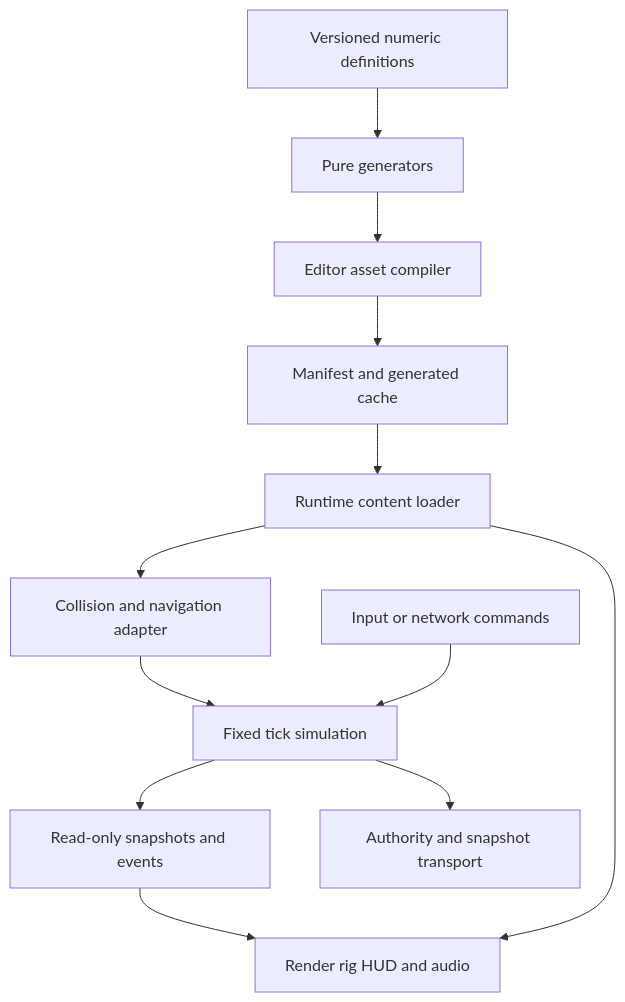
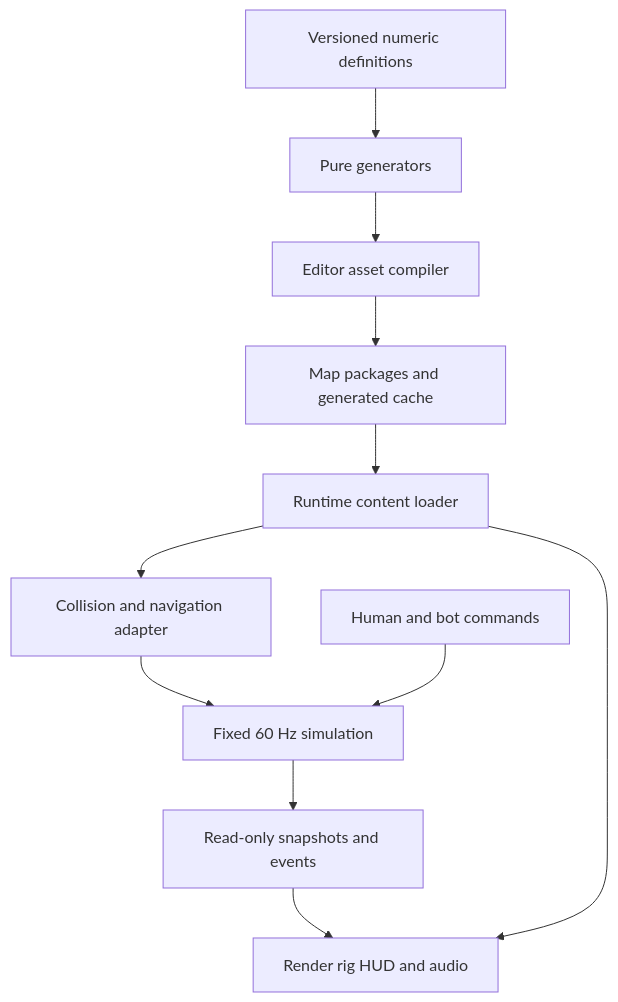
One commit to Maks417/shooter changed the diagram in docs/architecture.md. Above: the diagram before and after it, drawn with Mermaid. The commit also changed other lines of this file and 42 other files, not shown here.

````diff
--- a/docs/architecture.md
+++ b/docs/architecture.md
@@ -37,14 +36,13 @@
 ```mermaid
 flowchart TD
   Definitions[Versioned numeric definitions] --> Core[Pure generators]
   Core --> Compiler[Editor asset compiler]
-  Compiler --> Cache[Manifest and generated cache]
+  Compiler --> Cache[Map packages and generated cache]
   Cache --> Loader[Runtime content loader]
   Loader --> World[Collision and navigation adapter]
-  World --> Sim[Fixed tick simulation]
-  Commands[Input or network commands] --> Sim
+  World --> Sim[Fixed 60 Hz simulation]
+  Commands[Human and bot commands] --> Sim
   Sim --> Snapshots[Read-only snapshots and events]
   Snapshots --> View[Render rig HUD and audio]
   Loader --> View
-  Sim --> Network[Authority and snapshot transport]
 ```
````
